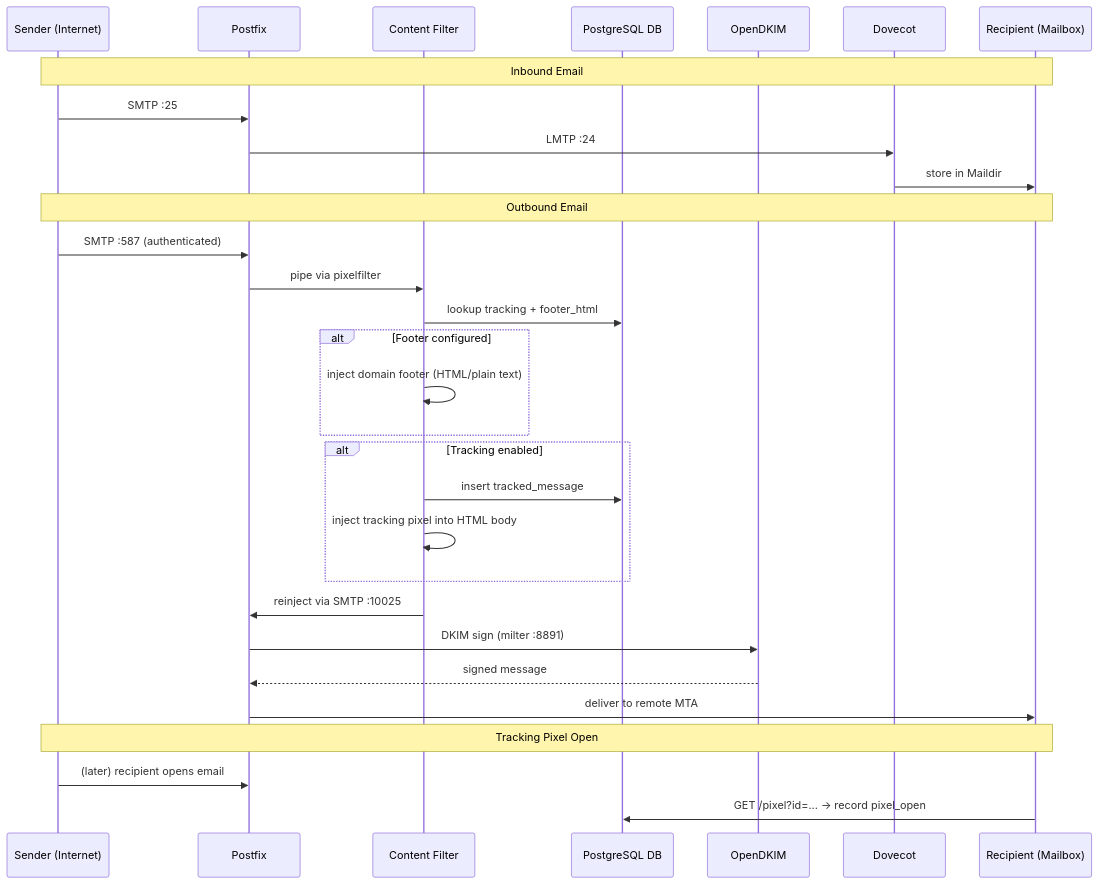
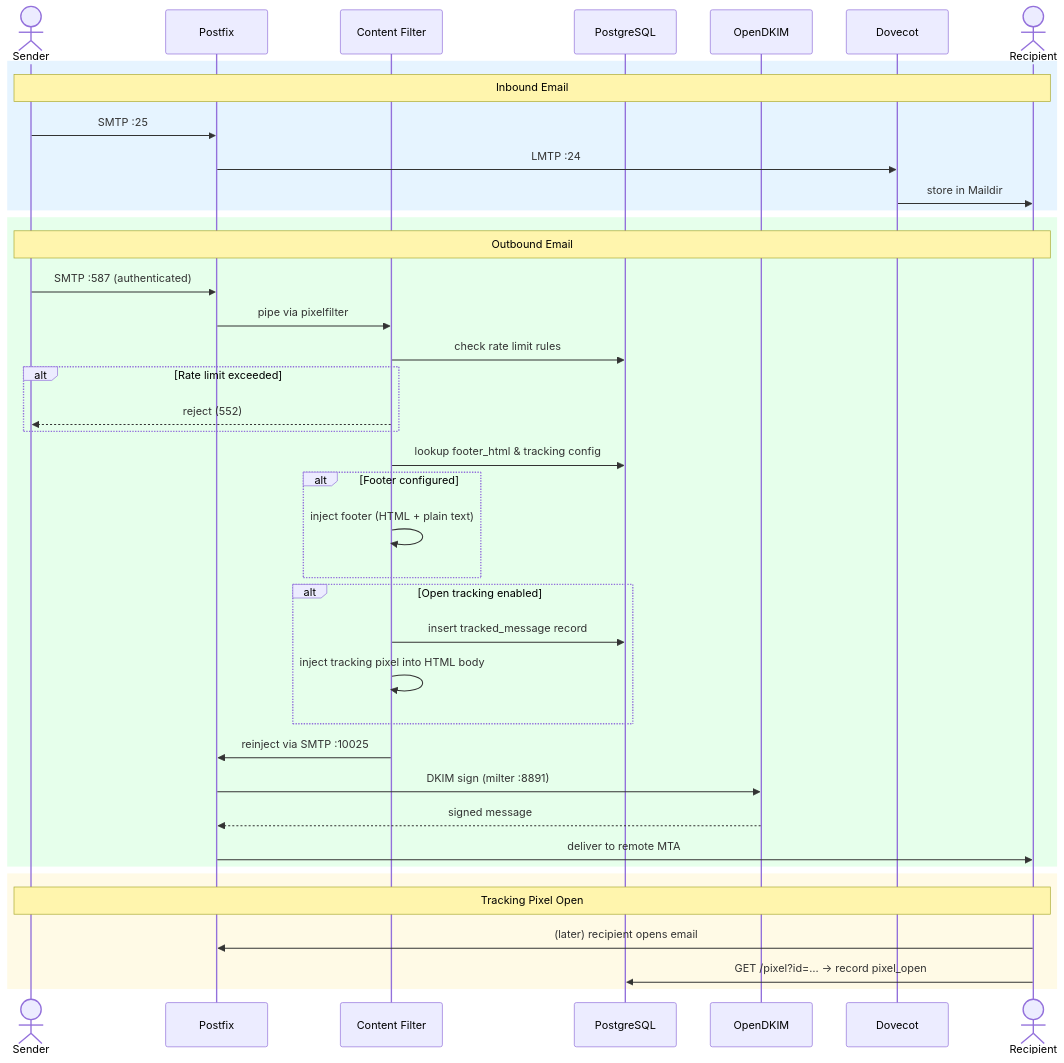
One commit to tayyebi/mailserver changed the second of 2 diagrams in README.md. Above: the diagram before and after it, drawn with Mermaid. The commit also changed other lines of this file, not shown here.

First line of the commit message:
docs: professional README rewrite with updated diagrams and full feature coverage

````diff
--- a/README.md
+++ b/README.md
@@ -334,35 +414,49 @@
 ```mermaid
 sequenceDiagram
-    participant Sender as Sender (Internet)
+    actor Sender as Sender
     participant Postfix
     participant Filter as Content Filter
-    participant Postgres as PostgreSQL DB
+    participant Postgres as PostgreSQL
     participant OpenDKIM
     participant Dovecot
-    participant Recipient as Recipient (Mailbox)
+    actor Recipient as Recipient
 
-    Note over Sender,Recipient: Inbound Email
-    Sender->>Postfix: SMTP :25
-    Postfix->>Dovecot: LMTP :24
-    Dovecot->>Recipient: store in Maildir
+    rect rgb(230, 244, 255)
+        Note over Sender,Recipient: Inbound Email
+        Sender->>Postfix: SMTP :25
+        Postfix->>Dovecot: LMTP :24
+        Dovecot->>Recipient: store in Maildir
+    end
 
-    Note over Sender,Recipient: Outbound Email
-    Sender->>Postfix: SMTP :587 (authenticated)
-    Postfix->>Filter: pipe via pixelfilter
-    Filter->>Postgres: lookup tracking + footer_html
-    alt Footer configured
-        Filter->>Filter: inject domain footer (HTML/plain text)
+    rect rgb(230, 255, 235)
+        Note over Sender,Recipient: Outbound Email
+        Sender->>Postfix: SMTP :587 (authenticated)
+
+        Postfix->>Filter: pipe via pixelfilter
+
+        Filter->>Postgres: check rate limit rules
+        alt Rate limit exceeded
+            Filter-->>Sender: reject (552)
+        end
+
+        Filter->>Postgres: lookup footer_html & tracking config
+        alt Footer configured
+            Filter->>Filter: inject footer (HTML + plain text)
+        end
+        alt Open tracking enabled
+            Filter->>Postgres: insert tracked_message record
+            Filter->>Filter: inject tracking pixel into HTML body
+        end
+
+        Filter->>Postfix: reinject via SMTP :10025
+        Postfix->>OpenDKIM: DKIM sign (milter :8891)
+        OpenDKIM-->>Postfix: signed message
+        Postfix->>Recipient: deliver to remote MTA
     end
-    alt Tracking enabled
-        Filter->>Postgres: insert tracked_message
-        Filter->>Filter: inject tracking pixel into HTML body
+
+    rect rgb(255, 250, 230)
+        Note over Sender,Recipient: Tracking Pixel Open
+        Recipient->>Postfix: (later) recipient opens email
+        Recipient->>Postgres: GET /pixel?id=… → record pixel_open
     end
-    Filter->>Postfix: reinject via SMTP :10025
-    Postfix->>OpenDKIM: DKIM sign (milter :8891)
-    OpenDKIM-->>Postfix: signed message
-    Postfix->>Recipient: deliver to remote MTA
-
-    Note over Sender,Recipient: Tracking Pixel Open
-    Sender->>Postfix: (later) recipient opens email
-    Recipient->>Postgres: GET /pixel?id=... → record pixel_open
 ```
````
